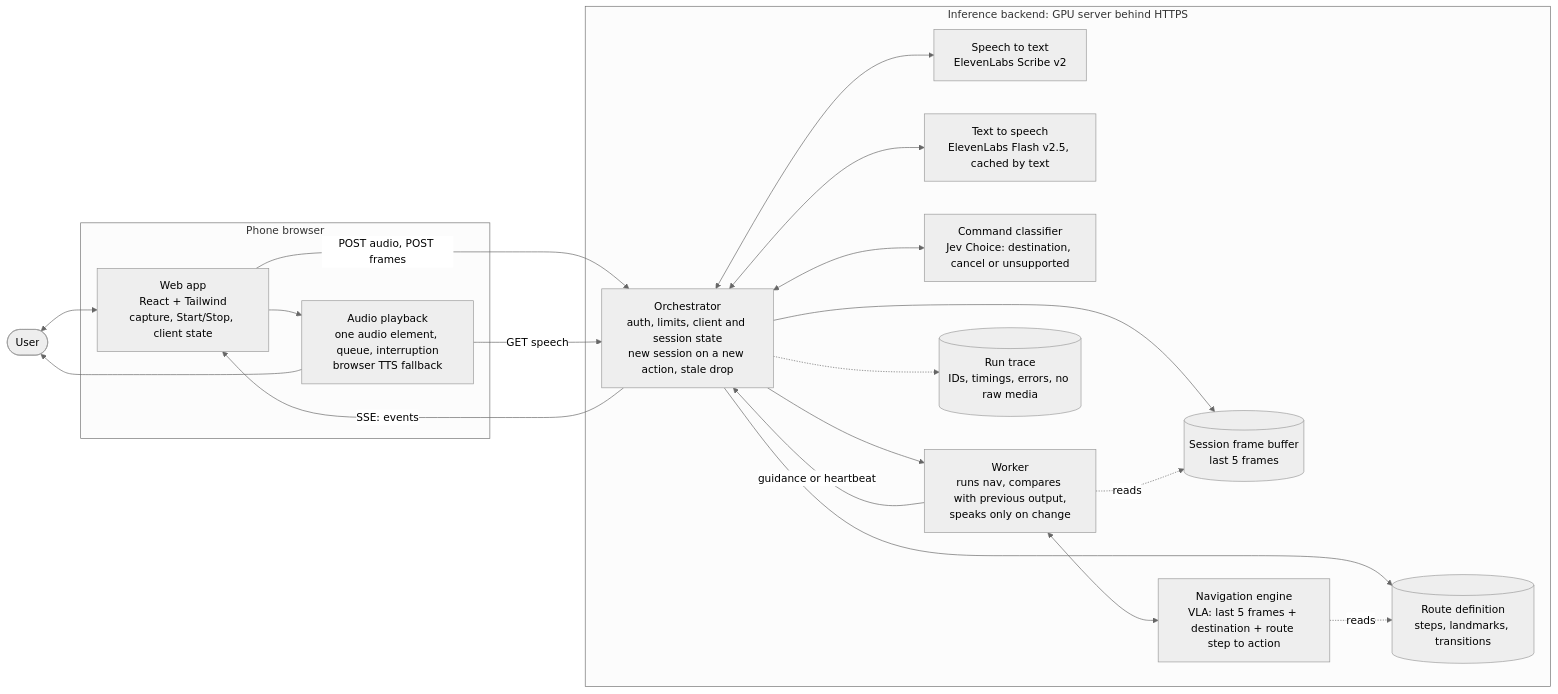
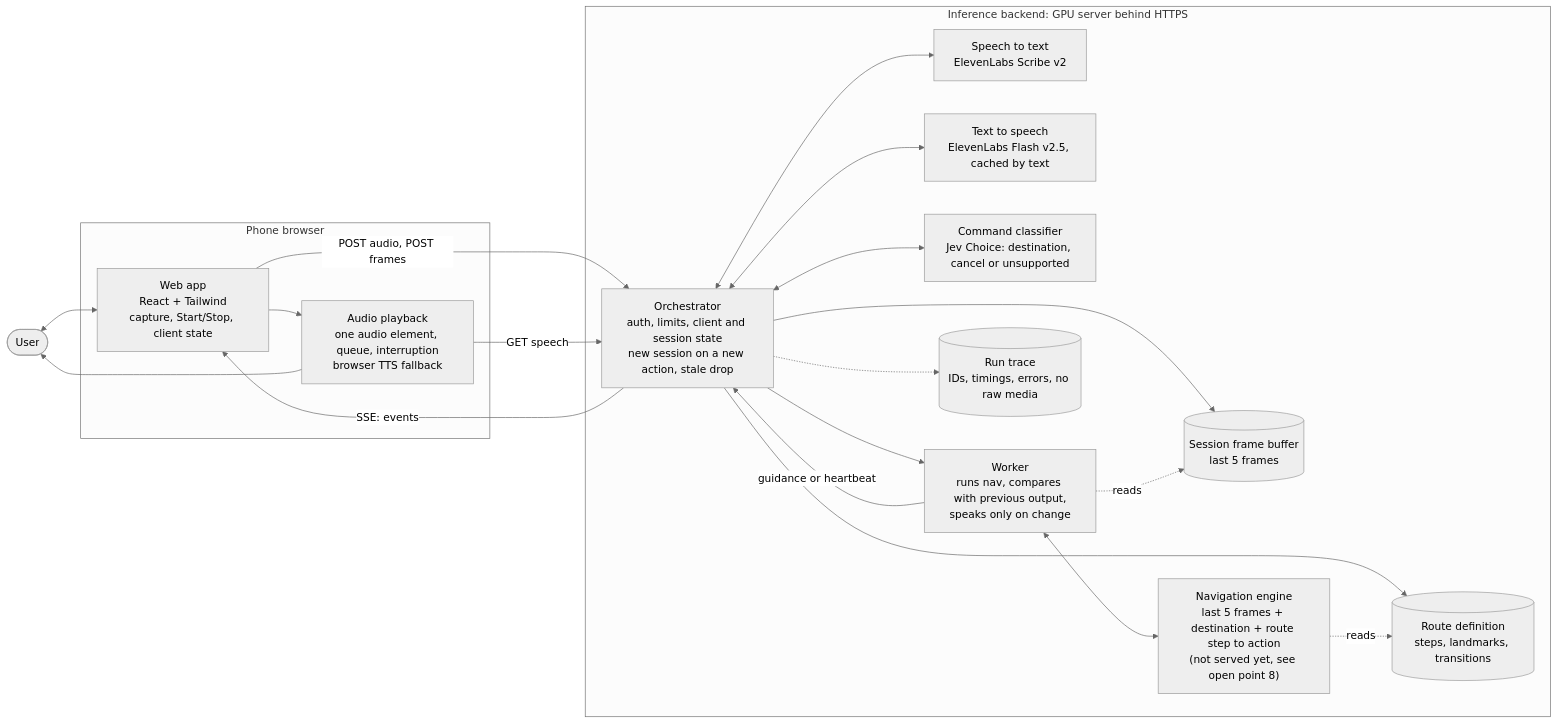
One commit to tungsten-united/project-description changed the second of 3 diagrams in docs/architecture.md. Above: the diagram before and after it, drawn with Mermaid (neutral theme). The commit also changed other lines of this file and 3 other files, not shown here.

First line of the commit message:
Docs: navigation engine is nav-engine (map-based), not a VLA

````diff
--- a/docs/architecture.md
+++ b/docs/architecture.md
@@ -26,40 +26,40 @@
 ```mermaid
 flowchart LR
   user(["User"])
 
   subgraph phone["Phone browser"]
     app["Web app<br/>React + Tailwind<br/>capture, Start/Stop, client state"]
     tts["Audio playback<br/>one audio element, queue, interruption<br/>browser TTS fallback"]
   end
 
   subgraph backend["Inference backend: GPU server behind HTTPS"]
     orch["Orchestrator<br/>auth, limits, client and session state<br/>new session on a new action, stale drop"]
     stt["Speech to text<br/>ElevenLabs Scribe v2"]
     ttsapi["Text to speech<br/>ElevenLabs Flash v2.5, cached by text"]
     cmd["Command classifier<br/>Jev Choice: destination, cancel or unsupported"]
     buf[("Session frame buffer<br/>last 5 frames")]
     wrk["Worker<br/>runs nav, compares with previous output,<br/>speaks only on change"]
-    nav["Navigation engine<br/>VLA: last 5 frames + destination + route step to action"]
+    nav["Navigation engine<br/>last 5 frames + destination + route step to action<br/>(not served yet, see open point 8)"]
     route[("Route definition<br/>steps, landmarks, transitions")]
     trace[("Run trace<br/>IDs, timings, errors, no raw media")]
   end
 
   user <--> app
   app -->|"POST audio, POST frames"| orch
   orch -->|"SSE: events"| app
   app --> tts
   tts -->|"GET speech"| orch
   tts --> user
 
   orch <--> stt
   orch <--> ttsapi
   orch <--> cmd
   orch --> buf
   orch --> wrk
   wrk -.->|"reads"| buf
   wrk <--> nav
   wrk -->|"guidance or heartbeat"| orch
   orch --> route
   nav -.->|"reads"| route
   orch -.-> trace
 ```
````
